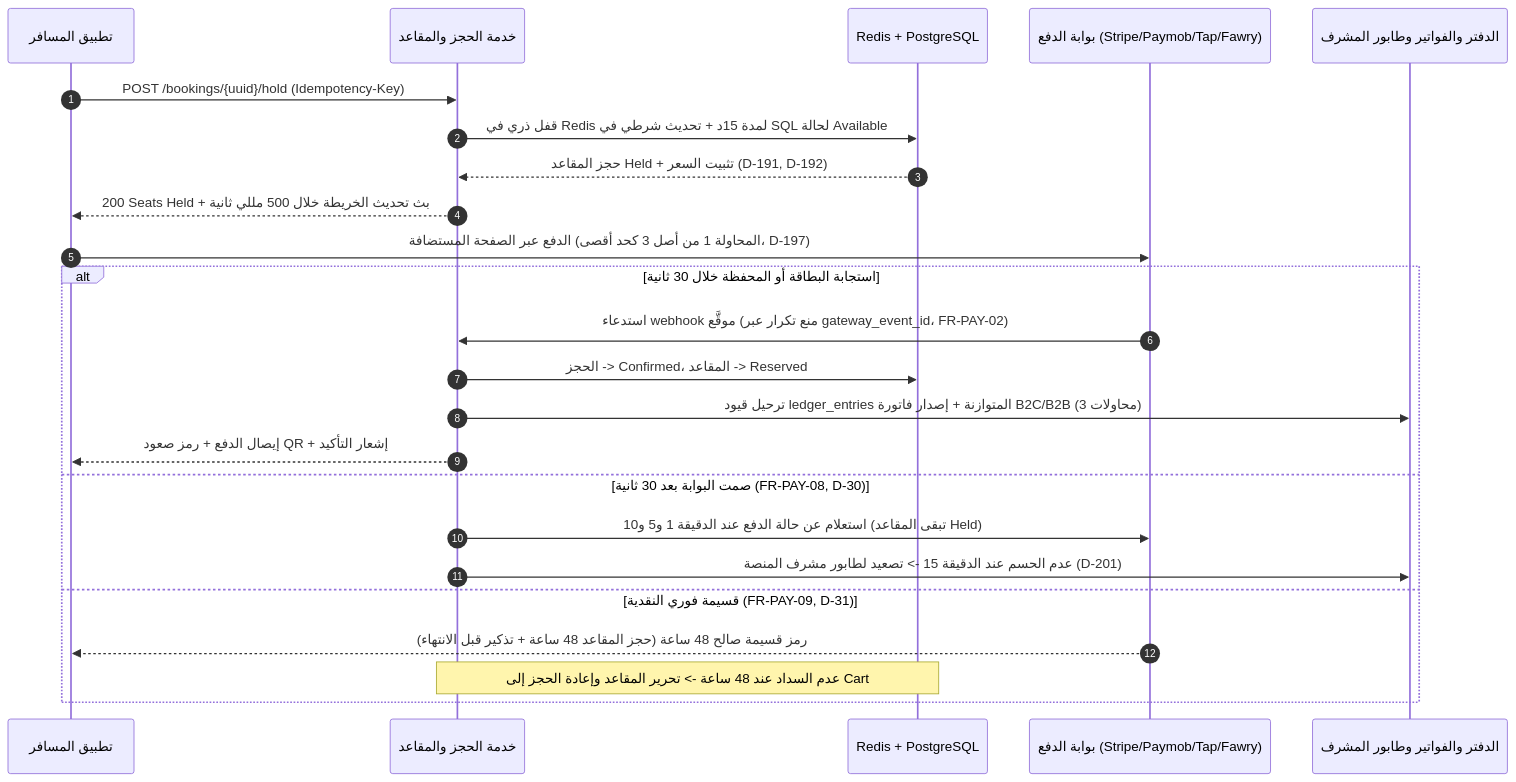
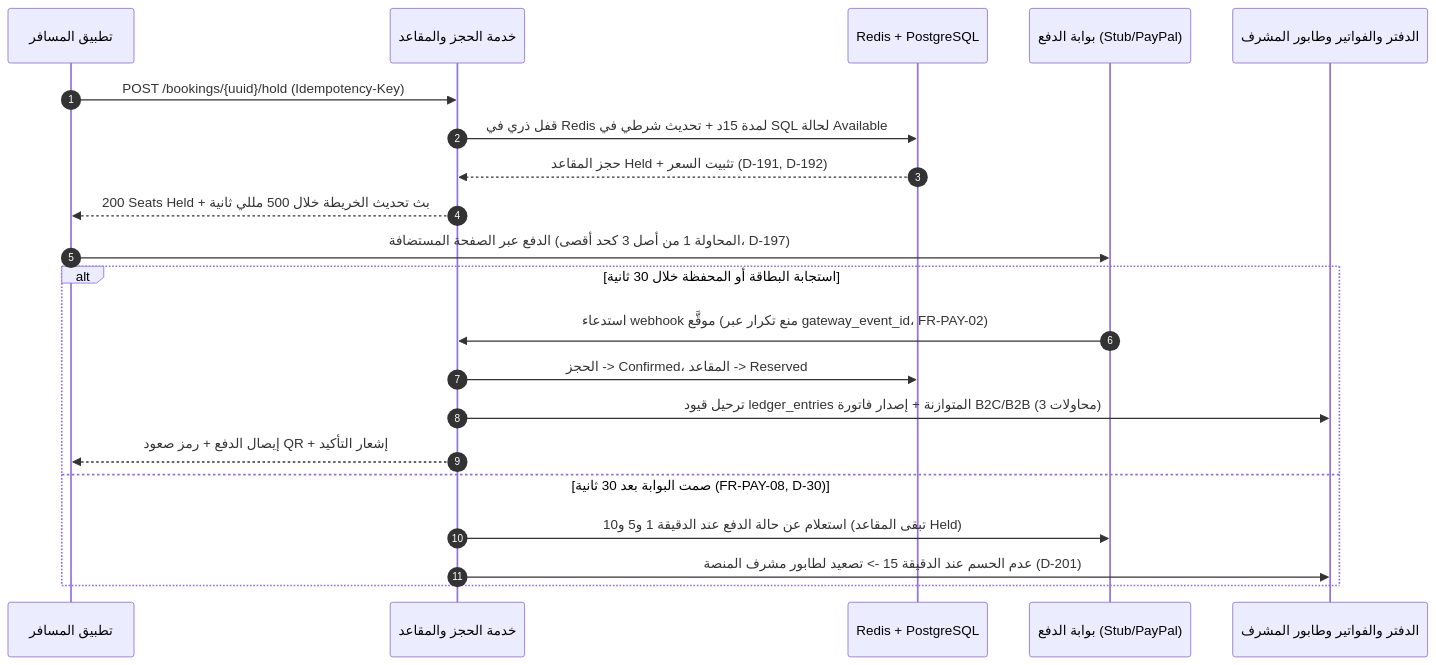
The second of 4 diagrams in content/docs/ar/system/lifecycle.mdx (mohamedhabibwork/trips-enjoy-docs), drawn with Mermaid before and after one commit. The commit also changed other lines of this file and 117 other files, not shown here.

````diff
--- a/content/docs/ar/system/lifecycle.mdx
+++ b/content/docs/ar/system/lifecycle.mdx
@@ -487,28 +487,25 @@
 ```mermaid
 sequenceDiagram
   autonumber
   participant Trv as تطبيق المسافر
   participant Api as خدمة الحجز والمقاعد
   participant Red as Redis + PostgreSQL
-  participant Gtw as بوابة الدفع (Stripe/Paymob/Tap/Fawry)
+  participant Gtw as بوابة الدفع (Stub/PayPal)
   participant Fin as الدفتر والفواتير وطابور المشرف
 
   Trv->>Api: POST /bookings/{uuid}/hold (Idempotency-Key)
   Api->>Red: قفل ذري في Redis لمدة 15د + تحديث شرطي في SQL لحالة Available
   Red-->>Api: حجز المقاعد Held + تثبيت السعر (D-191, D-192)
   Api-->>Trv: 200 Seats Held + بث تحديث الخريطة خلال 500 مللي ثانية
 
   Trv->>Gtw: الدفع عبر الصفحة المستضافة (المحاولة 1 من أصل 3 كحد أقصى، D-197)
   alt استجابة البطاقة أو المحفظة خلال 30 ثانية
     Gtw->>Api: استدعاء webhook موقَّع (منع تكرار عبر gateway_event_id، FR-PAY-02)
     Api->>Red: الحجز -> Confirmed، المقاعد -> Reserved
     Api->>Fin: ترحيل قيود ledger_entries المتوازنة + إصدار فاتورة B2C/B2B (3 محاولات)
     Api-->>Trv: إيصال الدفع + رمز صعود QR + إشعار التأكيد
   else صمت البوابة بعد 30 ثانية (FR-PAY-08, D-30)
     Api->>Gtw: استعلام عن حالة الدفع عند الدقيقة 1 و5 و10 (تبقى المقاعد Held)
     Api->>Fin: عدم الحسم عند الدقيقة 15 -> تصعيد لطابور مشرف المنصة (D-201)
-  else قسيمة فوري النقدية (FR-PAY-09, D-31)
-    Gtw-->>Trv: رمز قسيمة صالح 48 ساعة (حجز المقاعد 48 ساعة + تذكير قبل الانتهاء)
-    Note over Api,Red: عدم السداد عند 48 ساعة -> تحرير المقاعد وإعادة الحجز إلى Cart
   end
 ```
````
